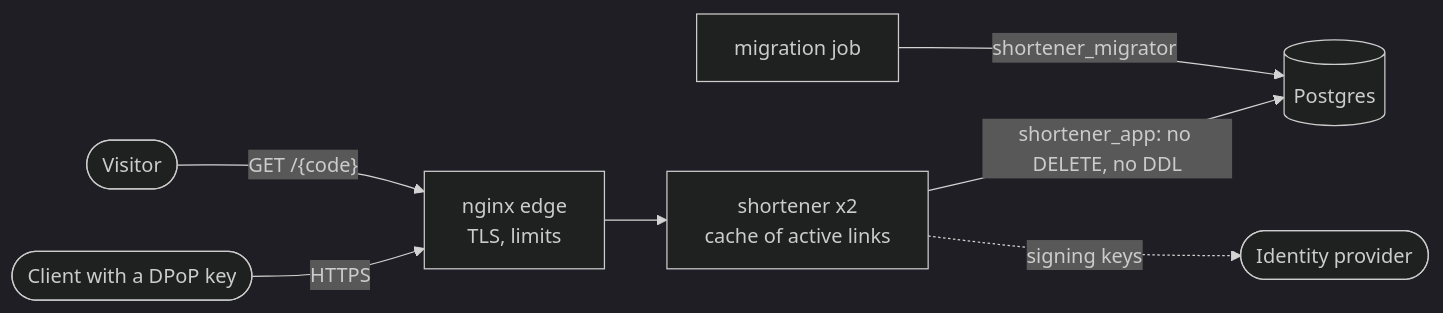
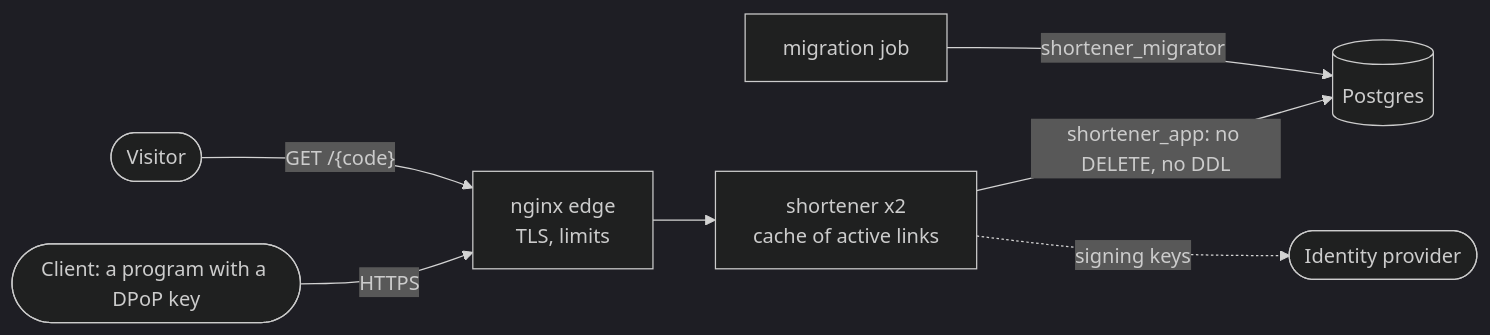
The diagram in README.md (christ008/shortener), drawn with Mermaid (dark theme) before and after one commit. The commit also changed other lines of this file and 5 other files, not shown here.

````diff
--- a/README.md
+++ b/README.md
@@ -34,9 +48,9 @@
 ```mermaid
 flowchart LR
-    client(["Client with a DPoP key"]) -->|HTTPS| edge["nginx edge<br/>TLS, limits"]
+    client(["Client: a program with a DPoP key"]) -->|HTTPS| edge["nginx edge<br/>TLS, limits"]
     visitor(["Visitor"]) -->|"GET /{code}"| edge
     edge --> app["shortener x2<br/>cache of active links"]
     app -->|"shortener_app: no DELETE, no DDL"| db[("Postgres")]
     migrate["migration job"] -->|shortener_migrator| db
     app -. "signing keys" .-> idp(["Identity provider"])
 ```
````
